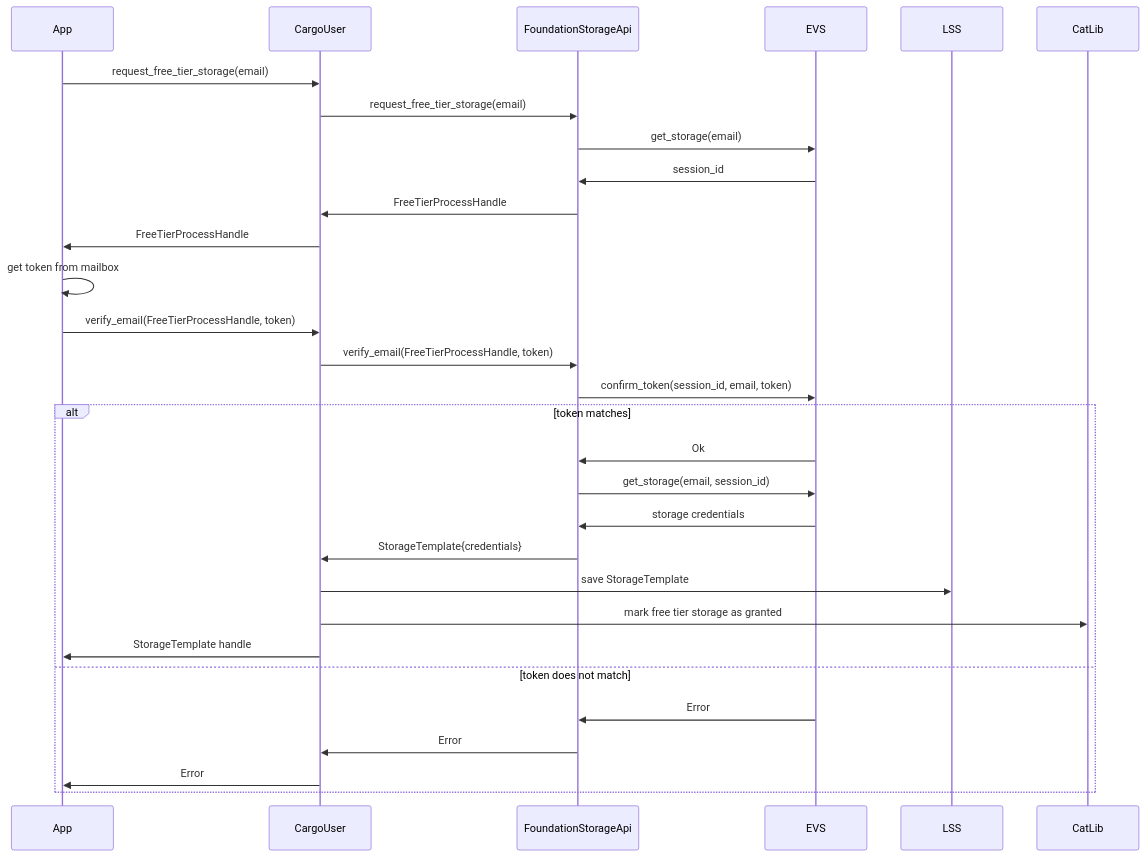
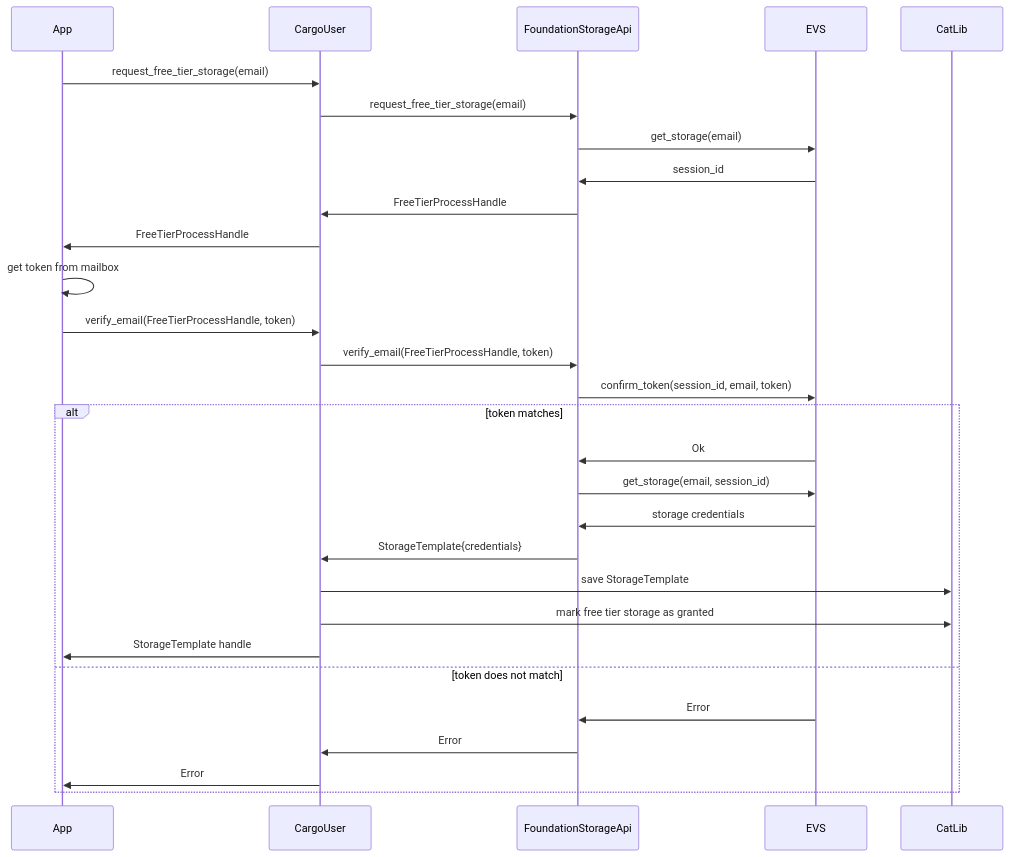
The diagram in docs/features/gain_free_tier_foundation_storage.md (pbeza/wildland-core), drawn with Mermaid before and after one commit.

Commit message:
update diagram

````diff
--- a/docs/features/gain_free_tier_foundation_storage.md
+++ b/docs/features/gain_free_tier_foundation_storage.md
@@ -3,26 +3,26 @@
 ```mermaid
 sequenceDiagram
 App->>CargoUser: request_free_tier_storage(email)
 CargoUser->>FoundationStorageApi: request_free_tier_storage(email)
 FoundationStorageApi->>EVS: get_storage(email)
 EVS->>FoundationStorageApi: session_id
 FoundationStorageApi->>CargoUser: FreeTierProcessHandle
 CargoUser->>App: FreeTierProcessHandle
 App->>App: get token from mailbox
 App->>CargoUser: verify_email(FreeTierProcessHandle, token)
 CargoUser->>FoundationStorageApi: verify_email(FreeTierProcessHandle, token)
 FoundationStorageApi->>EVS: confirm_token(session_id, email, token)
 alt token matches
 EVS->>FoundationStorageApi: Ok
 FoundationStorageApi->>EVS: get_storage(email, session_id)
 EVS->>FoundationStorageApi: storage credentials
 FoundationStorageApi->>CargoUser: StorageTemplate{credentials}
-CargoUser->>LSS: save StorageTemplate
+CargoUser->>CatLib: save StorageTemplate
 CargoUser->>CatLib: mark free tier storage as granted
 CargoUser->>App: StorageTemplate handle
 else token does not match
 EVS->>FoundationStorageApi: Error
 FoundationStorageApi->>CargoUser: Error
 CargoUser->>App: Error
 end
 ```
````
